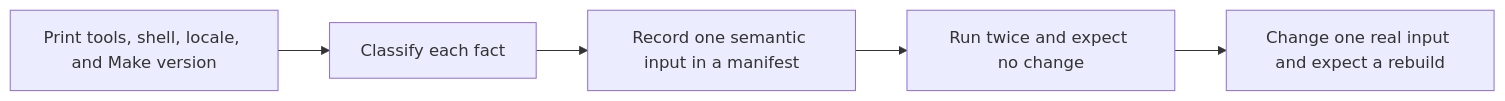
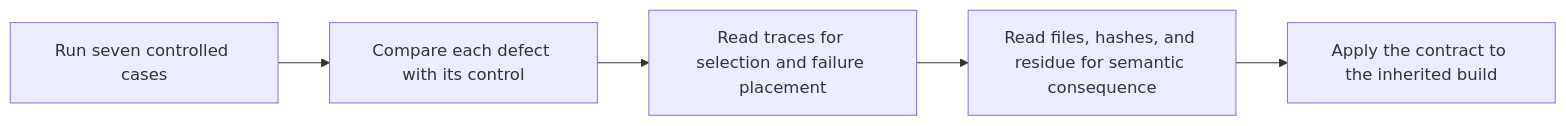
One commit to bijux/bijux-masterclass changed the first of 2 diagrams in programs/reproducible-research/deep-dive-make/course-book/module-05-portability-hermeticity-failure-modes/index.md. Above: the diagram before and after it, drawn with Mermaid. The commit also changed other lines of this file and 4 other files, not shown here.

Commit message:
docs(make): route environment contract evidence

````diff
--- a/programs/reproducible-research/deep-dive-make/course-book/module-05-portability-hermeticity-failure-modes/index.md
+++ b/programs/reproducible-research/deep-dive-make/course-book/module-05-portability-hermeticity-failure-modes/index.md
@@ -47,7 +46,7 @@
 ```mermaid
 flowchart LR
-  audit["Print tools, shell, locale, and Make version"] --> classify["Classify each fact"]
-  classify --> model["Record one semantic input in a manifest"]
-  model --> repeat["Run twice and expect no change"]
-  repeat --> change["Change one real input and expect a rebuild"]
+  audit["Run seven controlled cases"] --> compare["Compare each defect with its control"]
+  compare --> traces["Read traces for selection and failure placement"]
+  traces --> files["Read files, hashes, and residue for semantic consequence"]
+  files --> apply["Apply the contract to the inherited build"]
 ```
````
